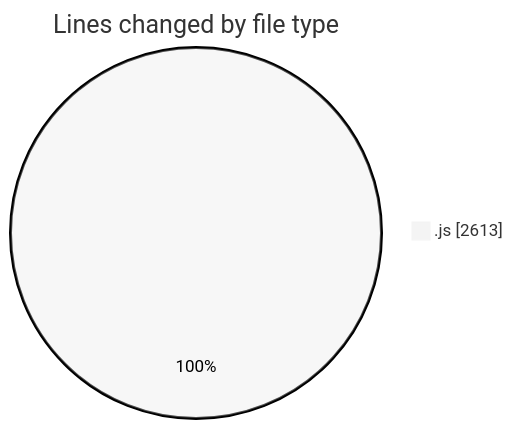
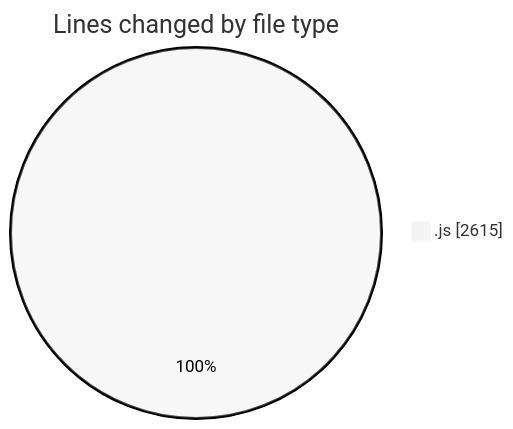
One commit to nxtqubesakshisongat/code-tracking changed the first of 2 diagrams in 2025-09-02/nxtqube_webapp/README.md. Above: the diagram before and after it, drawn with Mermaid (neutral theme). The commit also changed other lines of this file and 1 other file, not shown here.

````diff
--- a/2025-09-02/nxtqube_webapp/README.md
+++ b/2025-09-02/nxtqube_webapp/README.md
@@ -20,5 +20,5 @@
 ```mermaid
 pie showData
 title Lines changed by file type
-".js" : 2613
+".js" : 2615
 ```
````
